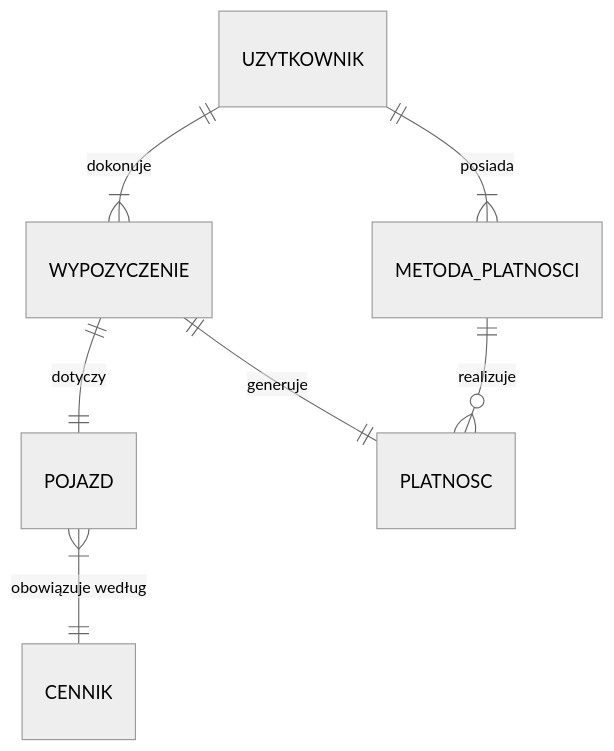
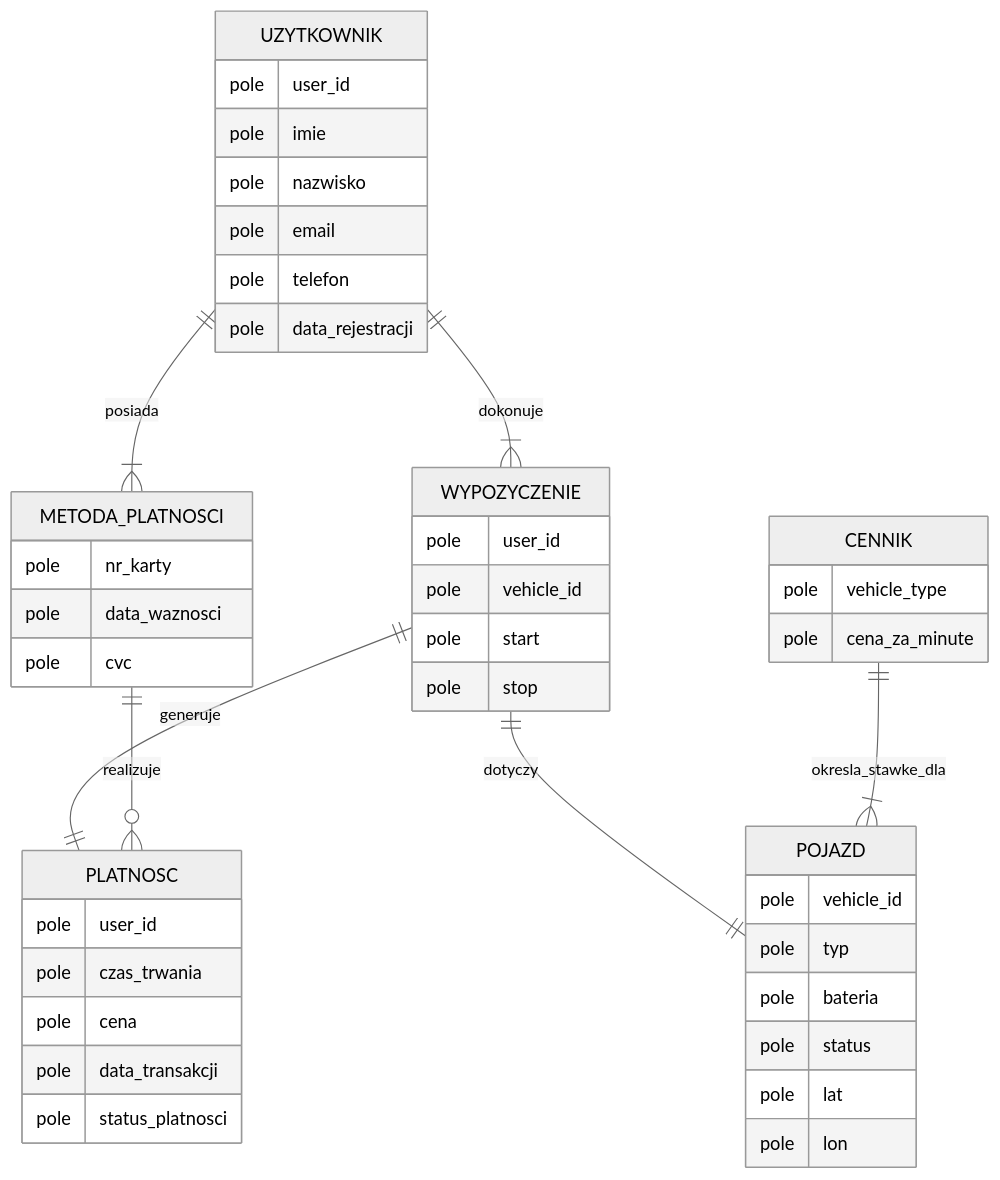
The diagram in human/model.md (Sztosik/AMDB-1), drawn with Mermaid (neutral theme) before and after one commit.

````diff
--- a/human/model.md
+++ b/human/model.md
@@ -1,9 +1,53 @@
 ```mermaid
 erDiagram
-    UZYTKOWNIK ||--|{ METODA_PLATNOSCI : "posiada"
-    UZYTKOWNIK ||--|{ WYPOZYCZENIE : "dokonuje"
-    WYPOZYCZENIE ||--|| POJAZD : "dotyczy"
-    WYPOZYCZENIE ||--|| PLATNOSC : "generuje"
-    METODA_PLATNOSCI ||--o{ PLATNOSC : "realizuje"
-    POJAZD }|--|| CENNIK : "obowiązuje według"
+    UZYTKOWNIK ||--|{ METODA_PLATNOSCI : posiada
+    UZYTKOWNIK ||--|{ WYPOZYCZENIE : dokonuje
+    WYPOZYCZENIE ||--|| POJAZD : dotyczy
+    WYPOZYCZENIE ||--|| PLATNOSC : generuje
+    METODA_PLATNOSCI ||--o{ PLATNOSC : realizuje
+    CENNIK ||--|{ POJAZD : okresla_stawke_dla
+
+    UZYTKOWNIK {
+        pole user_id
+        pole imie
+        pole nazwisko
+        pole email
+        pole telefon
+        pole data_rejestracji
+    }
+
+    METODA_PLATNOSCI {
+        pole nr_karty
+        pole data_waznosci
+        pole cvc
+    }
+
+    POJAZD {
+        pole vehicle_id
+        pole typ
+        pole bateria
+        pole status
+        pole lat
+        pole lon
+    }
+
+    WYPOZYCZENIE {
+        pole user_id
+        pole vehicle_id
+        pole start
+        pole stop
+    }
+
+    PLATNOSC {
+        pole user_id
+        pole czas_trwania
+        pole cena
+        pole data_transakcji
+        pole status_platnosci
+    }
+
+    CENNIK {
+        pole vehicle_type
+        pole cena_za_minute
+    }
 ```
````
